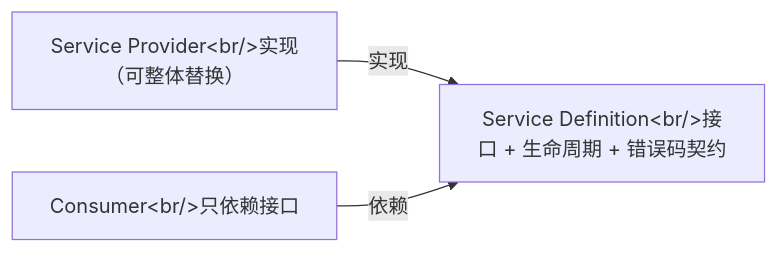
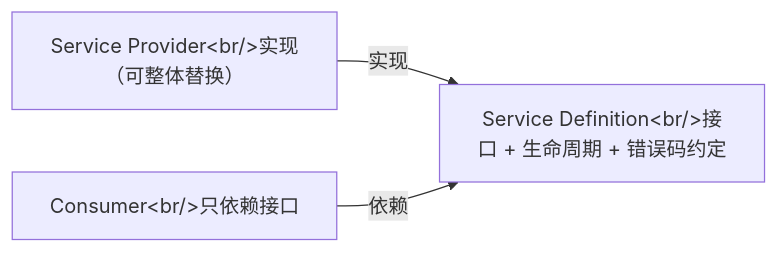
The diagram in docs/chapters/06-advanced-seams.md (ZZKeepCurious/mini-deepseek-harness-python), drawn with Mermaid before and after one commit. The commit also changed other lines of this file and 11 other files, not shown here.

````diff
--- a/docs/chapters/06-advanced-seams.md
+++ b/docs/chapters/06-advanced-seams.md
@@ -20,8 +20,8 @@
 ```mermaid
 flowchart LR
-  D["Service Definition&lt;br/&gt;接口 + 生命周期 + 错误码契约"]
+  D["Service Definition&lt;br/&gt;接口 + 生命周期 + 错误码约定"]
   P["Service Provider&lt;br/&gt;实现（可整体替换）"]
   C["Consumer&lt;br/&gt;只依赖接口"]
   P -->|"实现"| D
   C -->|"依赖"| D
 ```
````
